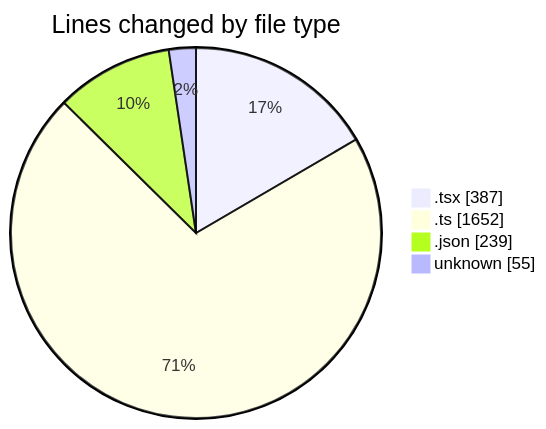
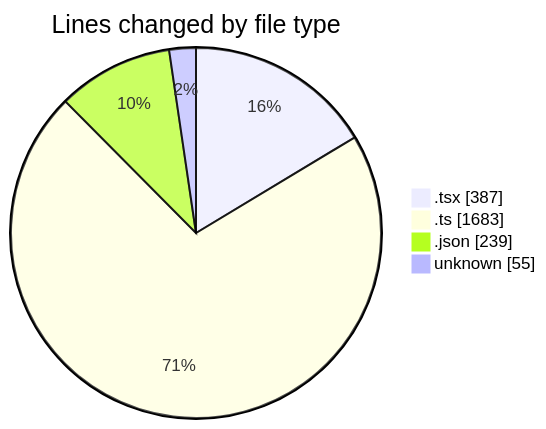
The first of 2 diagrams in 2025-10-21/cda/README.md (momahboobian/code-tracking), drawn with Mermaid before and after one commit. The commit also changed other lines of this file and 1 other file, not shown here.

````diff
--- a/2025-10-21/cda/README.md
+++ b/2025-10-21/cda/README.md
@@ -31,8 +32,8 @@
 ```mermaid
 pie showData
 title Lines changed by file type
 ".tsx" : 387
-".ts" : 1652
+".ts" : 1683
 ".json" : 239
 "unknown" : 55
 ```
````
